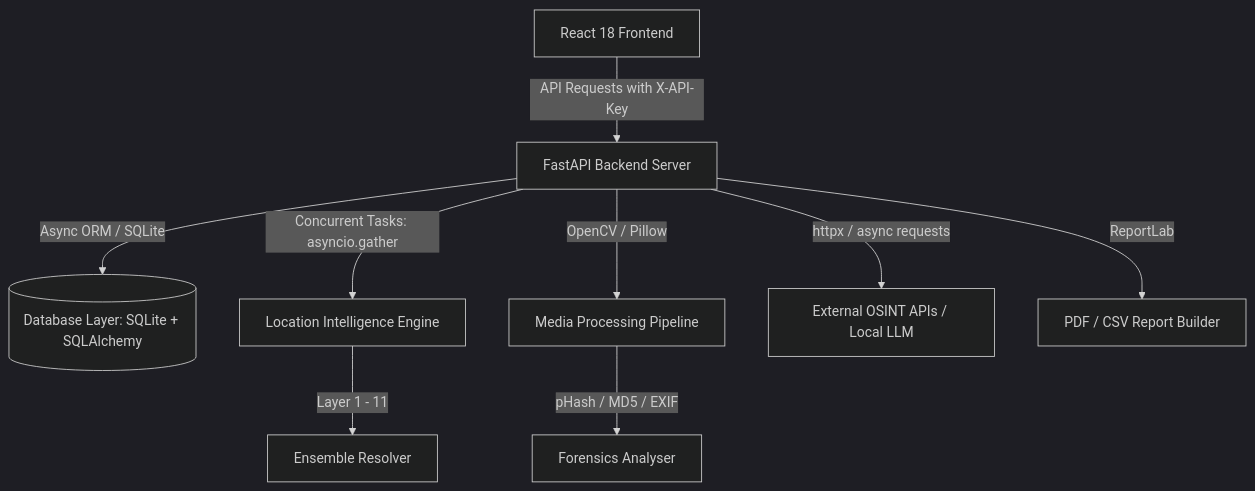
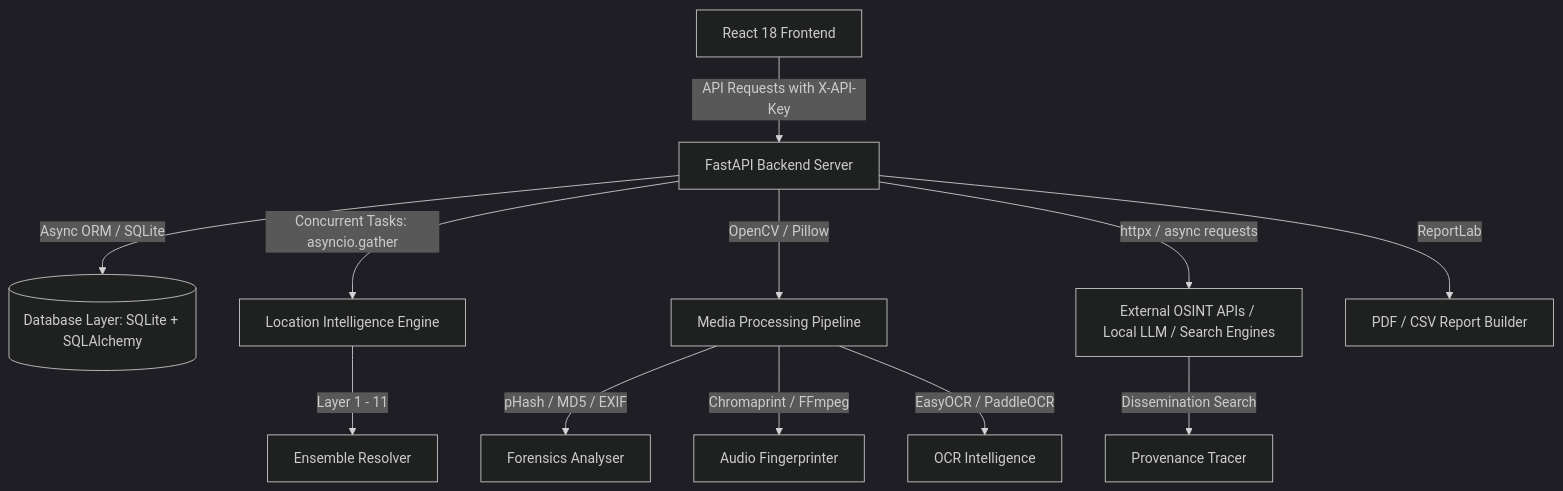
The diagram in README.md (abhishek39980/Helix), drawn with Mermaid (dark theme) before and after one commit. The commit also changed other lines of this file, not shown here.

Commit message:
docs: update README with dissemination, audio fingerprinting, and OCR details

````diff
--- a/README.md
+++ b/README.md
@@ -57,11 +77,14 @@
 ```mermaid
 graph TD
     A[React 18 Frontend] -->|API Requests with X-API-Key| B[FastAPI Backend Server]
     B -->|Async ORM / SQLite| C[(Database Layer: SQLite + SQLAlchemy)]
     B -->|Concurrent Tasks: asyncio.gather| D[Location Intelligence Engine]
     B -->|OpenCV / Pillow| E[Media Processing Pipeline]
-    B -->|httpx / async requests| F[External OSINT APIs / Local LLM]
+    B -->|httpx / async requests| F[External OSINT APIs / Local LLM / Search Engines]
     D -->|Layer 1 - 11| G[Ensemble Resolver]
     E -->|pHash / MD5 / EXIF| H[Forensics Analyser]
+    E -->|Chromaprint / FFmpeg| J[Audio Fingerprinter]
+    E -->|EasyOCR / PaddleOCR| K[OCR Intelligence]
     B -->|ReportLab| I[PDF / CSV Report Builder]
+    F -->|Dissemination Search| L[Provenance Tracer]
 ```
````
